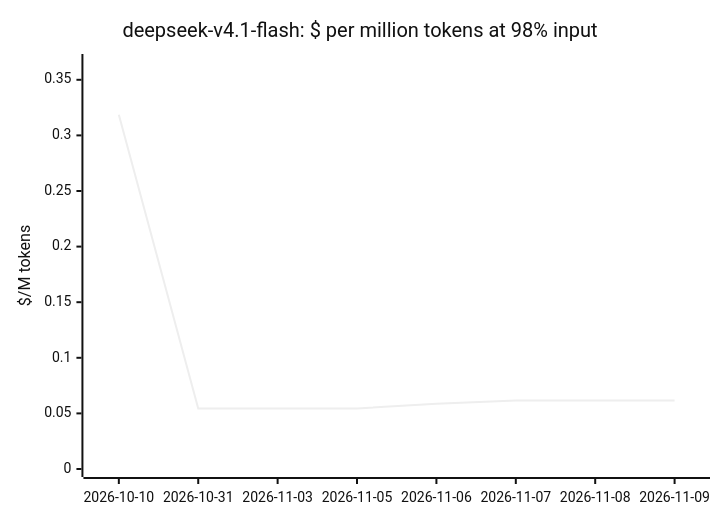
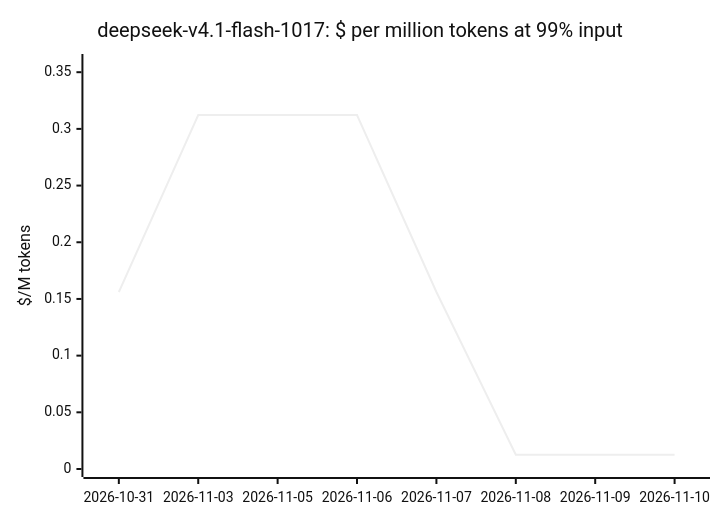
Before and after one commit to cklukas/OMEGA_TRANSFORM: the seventh of 19 diagrams in docs/openrouter-models.md, drawn with Mermaid (neutral theme). The commit also changed other lines of this file and 49 other files, not shown here.

````diff
--- a/docs/openrouter-models.md
+++ b/docs/openrouter-models.md
@@ -194,7 +192,7 @@
 ```mermaid
 xychart-beta
-    title "deepseek-v4.1-flash: $ per million tokens at 98% input"
-    x-axis ["2026-10-10", "2026-10-31", "2026-11-03", "2026-11-05", "2026-11-06", "2026-11-07", "2026-11-08", "2026-11-09"]
-    y-axis "$/M tokens" 0 --> 0.366
-    line [0.3186, 0.05439, 0.05439, 0.05439, 0.05874, 0.06165, 0.06165, 0.06165]
+    title "deepseek-v4.1-flash-1017: $ per million tokens at 99% input"
+    x-axis ["2026-10-31", "2026-11-03", "2026-11-05", "2026-11-06", "2026-11-07", "2026-11-08", "2026-11-09", "2026-11-10"]
+    y-axis "$/M tokens" 0 --> 0.359
+    line [0.1561, 0.3122, 0.3122, 0.3122, 0.1561, 0.01267, 0.01267, 0.01267]
 ```
````
